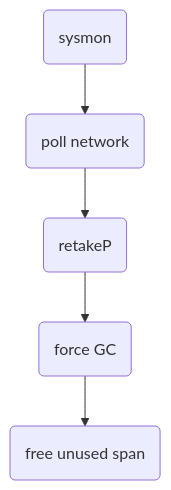
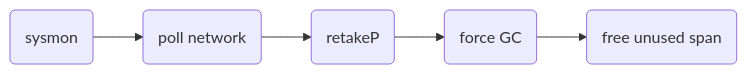
The first of 3 diagrams in part2-go-schedule.md (ydh926/Time-to-go), drawn with Mermaid before and after one commit. The commit also changed other lines of this file and 3 other files, not shown here.

````diff
--- a/part2-go-schedule.md
+++ b/part2-go-schedule.md
@@ -153,7 +155,7 @@
 ```mermaid
-graph TB
+graph LR
 A(sysmon)-->B(poll network)
 B-->C(retakeP)
 C-->D(force GC)
 D-->E(free unused span)
 ```
````
